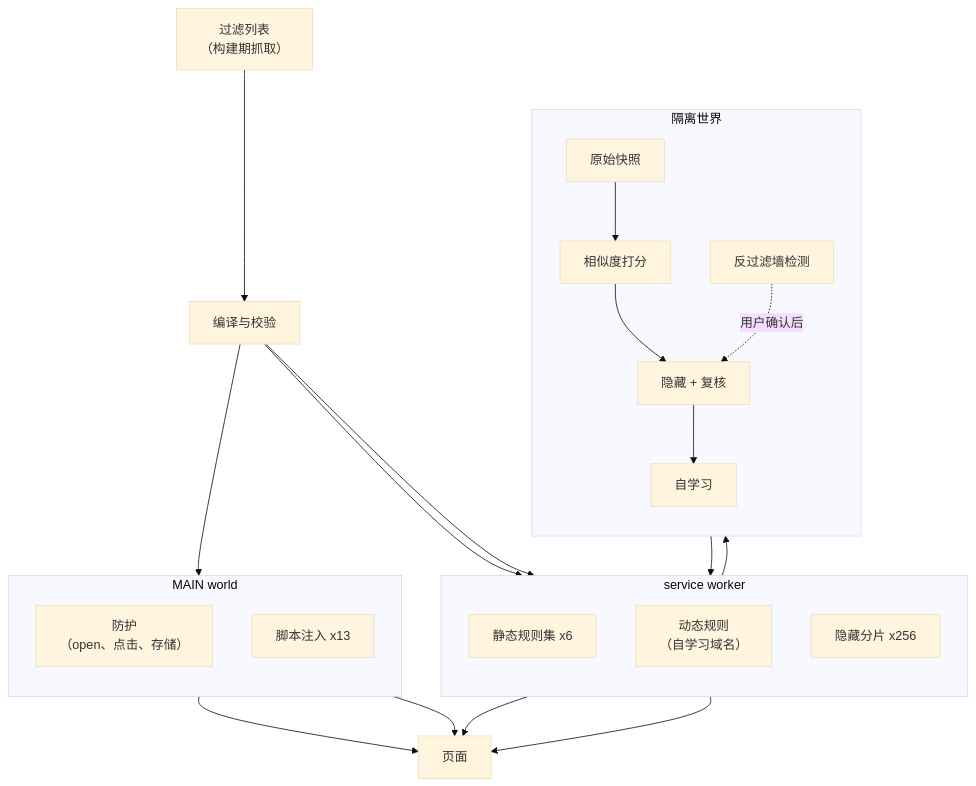
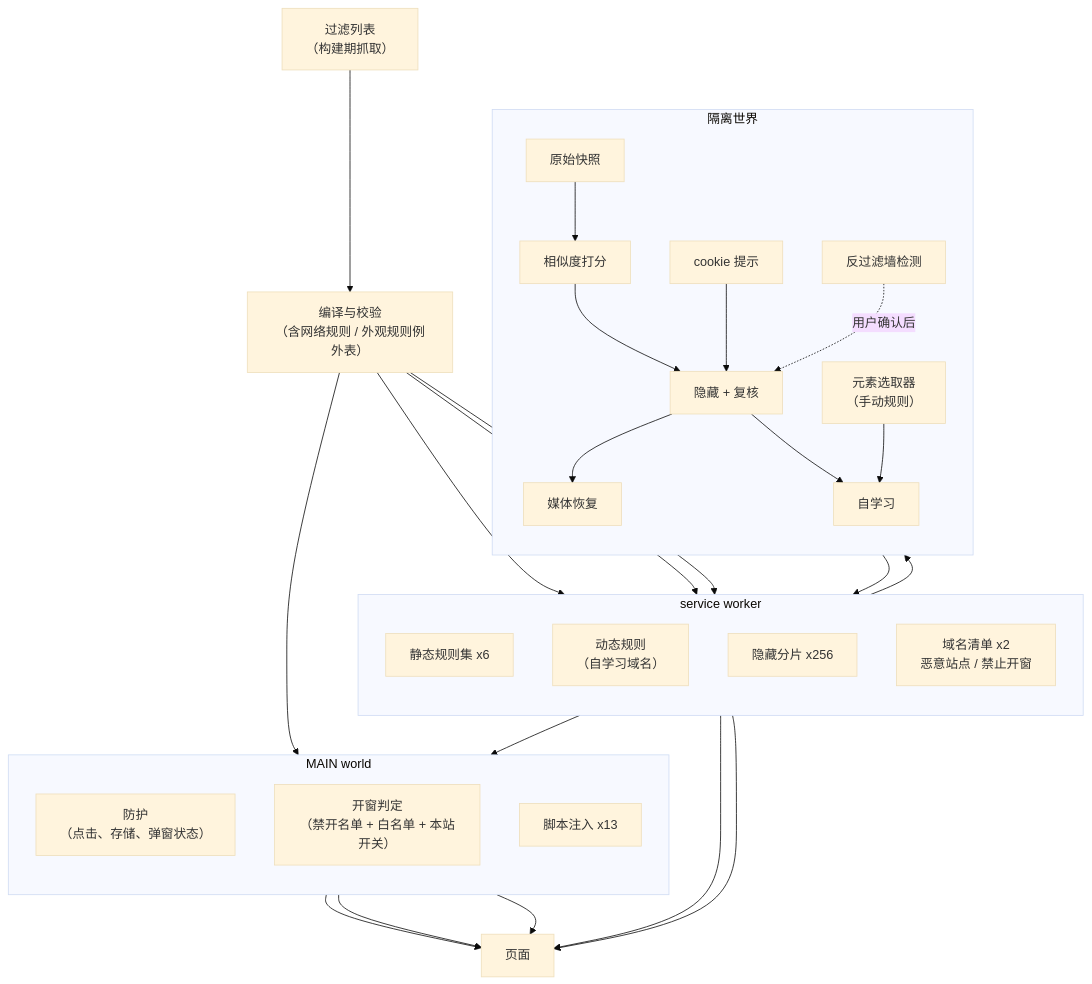
Before and after one commit to jfxia/AdBlow: the diagram in docs/diagrams/architecture-zh.mmd, drawn with Mermaid (base theme). The commit also changed 16 other files, not shown here.

```diff
--- a/docs/diagrams/architecture-zh.mmd
+++ b/docs/diagrams/architecture-zh.mmd
@@ -1,43 +1,54 @@
 flowchart TB
   lists["过滤列表<br/>（构建期抓取）"]
-  compile["编译与校验"]
+  compile["编译与校验<br/>（含网络规则 / 外观规则例外表）"]
   lists --> compile
 
   subgraph sw["service worker"]
     direction TB
     rules["静态规则集 x6"]
     dynamic["动态规则<br/>（自学习域名）"]
     shards["隐藏分片 x256"]
+    domains["域名清单 x2<br/>恶意站点 / 禁止开窗"]
   end
 
   subgraph iso["隔离世界"]
     direction TB
     snapshot["原始快照"]
     score["相似度打分"]
     hiding["隐藏 + 复核"]
+    recover["媒体恢复"]
     learn["自学习"]
+    consent["cookie 提示"]
     wall["反过滤墙检测"]
+    picker["元素选取器<br/>（手动规则）"]
   end
 
   subgraph mw["MAIN world"]
     direction TB
-    guards["防护<br/>（open、点击、存储）"]
+    guards["防护<br/>（点击、存储、弹窗状态）"]
+    popup["开窗判定<br/>（禁开名单 + 白名单 + 本站开关）"]
     scriptlets["脚本注入 x13"]
   end
 
   page["页面"]
 
   compile --> rules
   compile --> shards
   compile --> scriptlets
+  compile --> domains
   shards --> hiding
+  domains --> popup
   snapshot --> score
   score --> hiding
+  hiding --> recover
   hiding --> learn
+  consent --> hiding
+  picker --> learn
   learn --> dynamic
   wall -. "用户确认后" .-> hiding
-  hiding ~~~ guards
+  hiding ~~~ popup
   rules --> page
   dynamic --> page
   guards --> page
+  popup --> page
   scriptlets --> page
```
